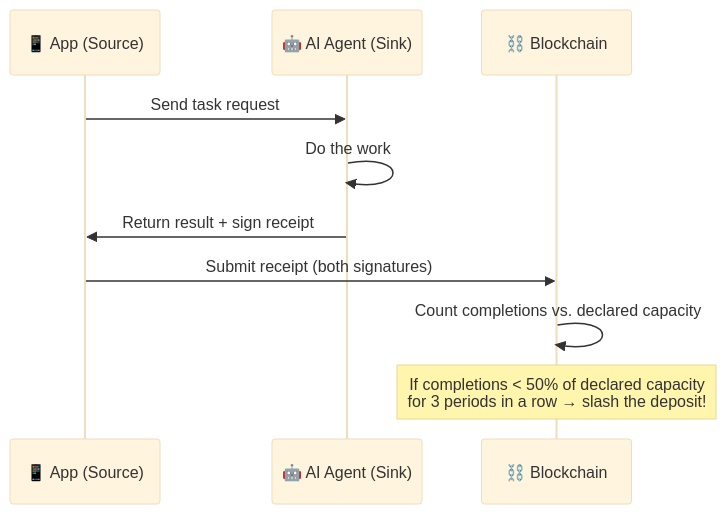
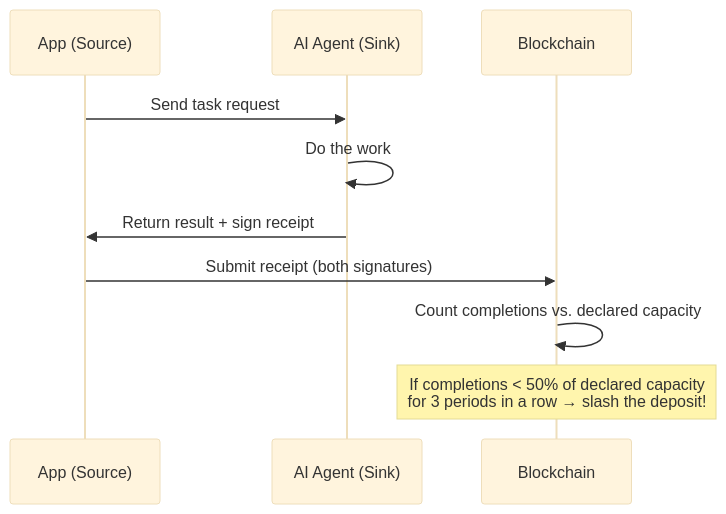
One commit to backproto/backproto changed the fifth of 16 diagrams in website/explainer.md. Above: the diagram before and after it, drawn with Mermaid (base theme). The commit also changed other lines of this file and 7 other files, not shown here.

First line of the commit message:
refactor(explainer): modernize diagrams and polish text

````diff
--- a/website/explainer.md
+++ b/website/explainer.md
@@ -154,14 +154,14 @@
 ```mermaid
 sequenceDiagram
-    participant Source as 📱 App (Source)
-    participant Sink as 🤖 AI Agent (Sink)
-    participant Chain as ⛓️ Blockchain
+    participant Source as App (Source)
+    participant Sink as AI Agent (Sink)
+    participant Chain as Blockchain
 
     Source->>Sink: Send task request
     Sink->>Sink: Do the work
     Sink->>Source: Return result + sign receipt
     Source->>Chain: Submit receipt (both signatures)
     Chain->>Chain: Count completions vs. declared capacity
     
     Note over Chain: If completions < 50% of declared capacity<br/>for 3 periods in a row → slash the deposit!
 ```
````
